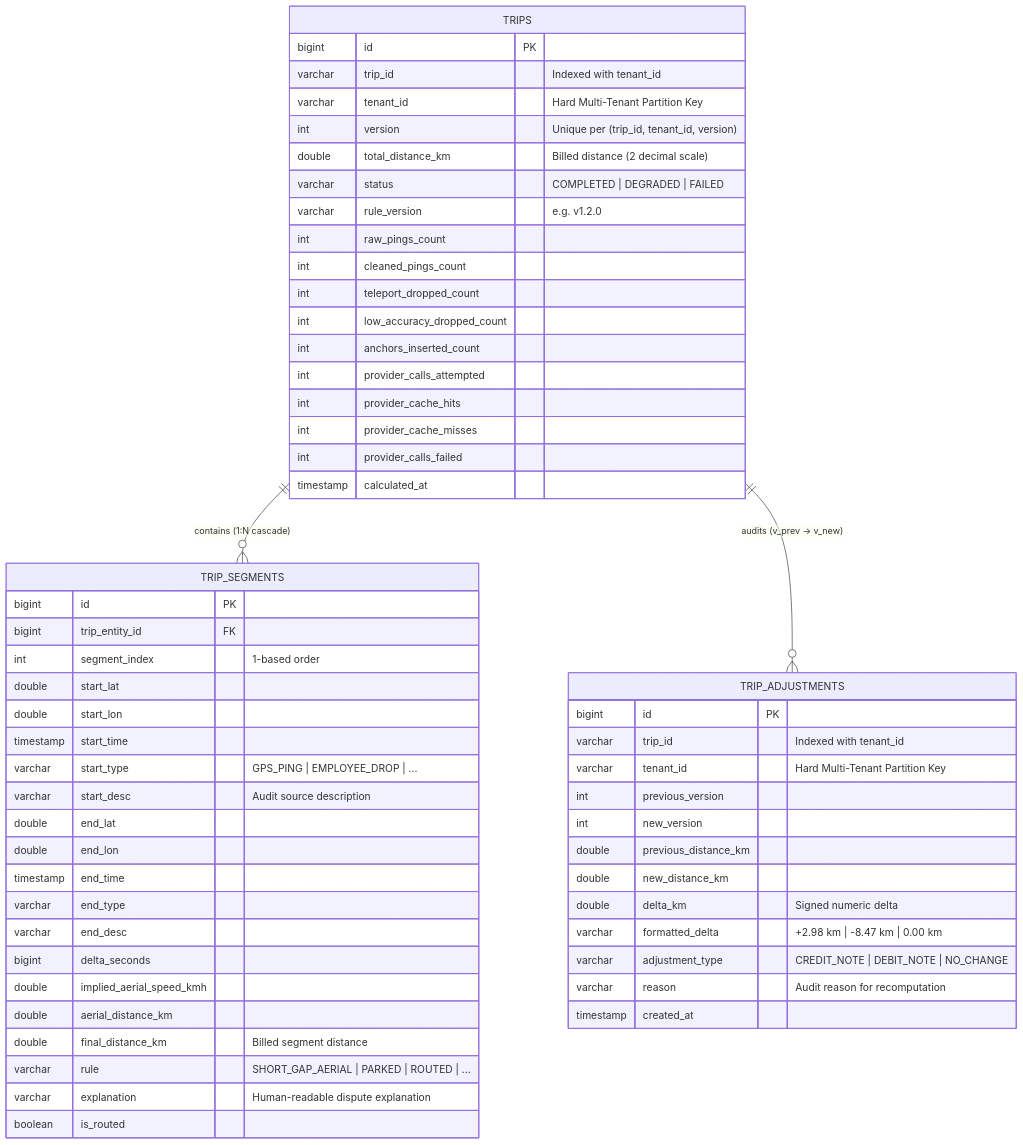
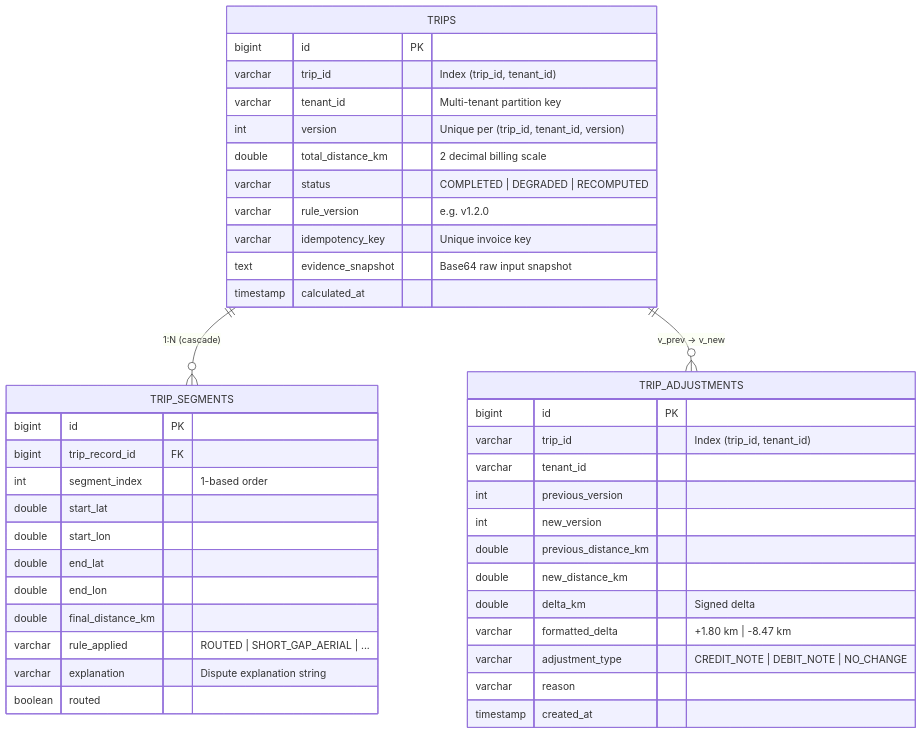
One commit to kamran-asif/GPS-Gap-Backfill-Billable-Distance-Reconstruction changed the third of 3 diagrams in DESIGN.md. Above: the diagram before and after it, drawn with Mermaid. The commit also changed other lines of this file, not shown here.

````diff
--- a/DESIGN.md
+++ b/DESIGN.md
@@ -311,63 +115,47 @@
 ```mermaid
 erDiagram
-    TRIPS ||--o{ TRIP_SEGMENTS : "contains (1:N cascade)"
-    TRIPS ||--o{ TRIP_ADJUSTMENTS : "audits (v_prev -> v_new)"
+    TRIPS ||--o{ TRIP_SEGMENTS : "1:N (cascade)"
+    TRIPS ||--o{ TRIP_ADJUSTMENTS : "v_prev -> v_new"
 
     TRIPS {
         bigint id PK
-        varchar trip_id "Indexed with tenant_id"
-        varchar tenant_id "Hard Multi-Tenant Partition Key"
+        varchar trip_id "Index (trip_id, tenant_id)"
+        varchar tenant_id "Multi-tenant partition key"
         int version "Unique per (trip_id, tenant_id, version)"
-        double total_distance_km "Billed distance (2 decimal scale)"
-        varchar status "COMPLETED | DEGRADED | FAILED"
+        double total_distance_km "2 decimal billing scale"
+        varchar status "COMPLETED | DEGRADED | RECOMPUTED"
         varchar rule_version "e.g. v1.2.0"
-        int raw_pings_count
-        int cleaned_pings_count
-        int teleport_dropped_count
-        int low_accuracy_dropped_count
-        int anchors_inserted_count
-        int provider_calls_attempted
-        int provider_cache_hits
-        int provider_cache_misses
-        int provider_calls_failed
+        varchar idempotency_key "Unique invoice key"
+        text evidence_snapshot "Base64 raw input snapshot"
         timestamp calculated_at
     }
 
     TRIP_SEGMENTS {
         bigint id PK
-        bigint trip_entity_id FK
+        bigint trip_record_id FK
         int segment_index "1-based order"
         double start_lat
         double start_lon
-        timestamp start_time
-        varchar start_type "GPS_PING | EMPLOYEE_DROP | ..."
-        varchar start_desc "Audit source description"
         double end_lat
         double end_lon
-        timestamp end_time
-        varchar end_type
-        varchar end_desc
-        bigint delta_seconds
-        double implied_aerial_speed_kmh
-        double aerial_distance_km
-        double final_distance_km "Billed segment distance"
-        varchar rule "SHORT_GAP_AERIAL | PARKED | ROUTED | ..."
-        varchar explanation "Human-readable dispute explanation"
-        boolean is_routed
+        double final_distance_km
+        varchar rule_applied "ROUTED | SHORT_GAP_AERIAL | ..."
+        varchar explanation "Dispute explanation string"
+        boolean routed
     }
 
     TRIP_ADJUSTMENTS {
         bigint id PK
-        varchar trip_id "Indexed with tenant_id"
-        varchar tenant_id "Hard Multi-Tenant Partition Key"
+        varchar trip_id "Index (trip_id, tenant_id)"
+        varchar tenant_id
         int previous_version
         int new_version
         double previous_distance_km
         double new_distance_km
-        double delta_km "Signed numeric delta"
-        varchar formatted_delta "+2.98 km | -8.47 km | 0.00 km"
+        double delta_km "Signed delta"
+        varchar formatted_delta "+1.80 km | -8.47 km"
         varchar adjustment_type "CREDIT_NOTE | DEBIT_NOTE | NO_CHANGE"
-        varchar reason "Audit reason for recomputation"
+        varchar reason
         timestamp created_at
     }
 ```
````
